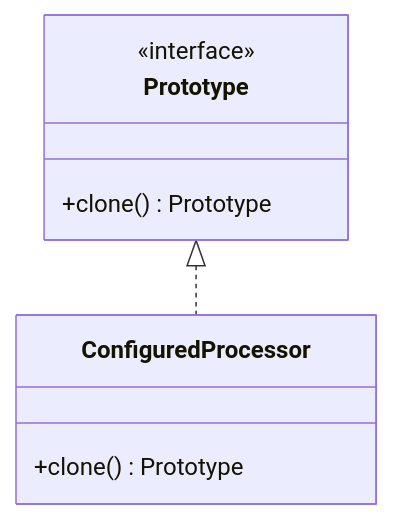
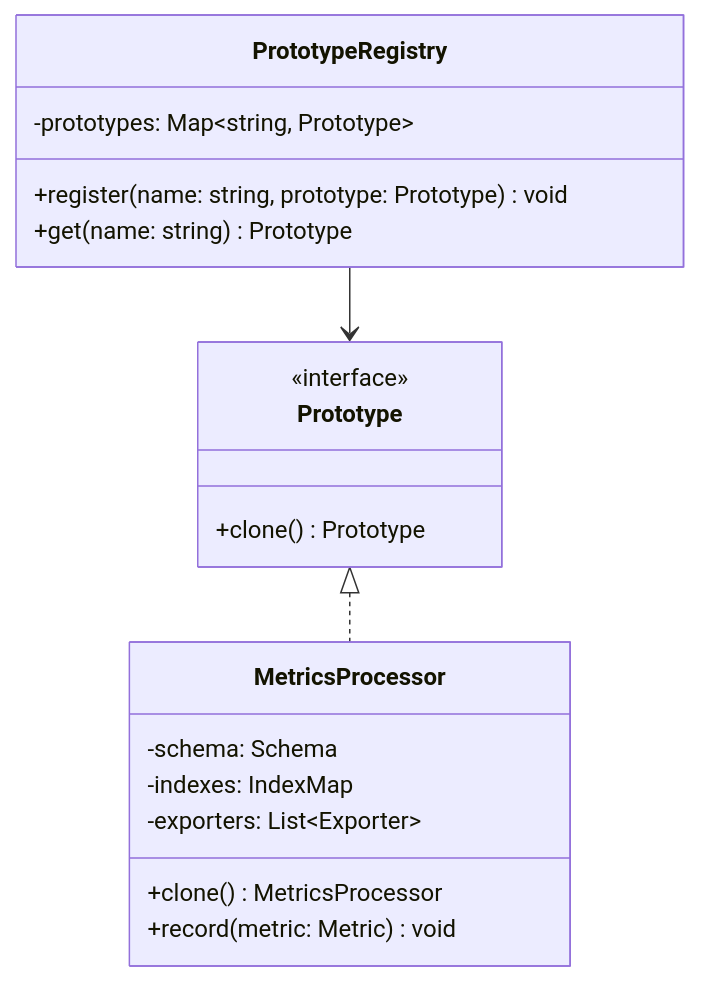
Before and after one commit to shivam-g-mishra/blog: the diagram in docs/design-patterns/creational/prototype.md, drawn with Mermaid. The commit also changed other lines of this file and 31 other files, not shown here.

````diff
--- a/docs/design-patterns/creational/prototype.md
+++ b/docs/design-patterns/creational/prototype.md
@@ -59,11 +73,24 @@
 ```mermaid
 classDiagram
-  class Prototype {
-    <<interface>>
-    +clone() Prototype
-  }
-  class ConfiguredProcessor {
-    +clone() Prototype
-  }
-  Prototype <|.. ConfiguredProcessor
+    class Prototype {
+        <<interface>>
+        +clone() Prototype
+    }
+    
+    class MetricsProcessor {
+        -schema: Schema
+        -indexes: IndexMap
+        -exporters: List~Exporter~
+        +clone() MetricsProcessor
+        +record(metric: Metric) void
+    }
+    
+    class PrototypeRegistry {
+        -prototypes: Map~string, Prototype~
+        +register(name: string, prototype: Prototype) void
+        +get(name: string) Prototype
+    }
+    
+    Prototype <|.. MetricsProcessor
+    PrototypeRegistry --> Prototype
 ```
````
